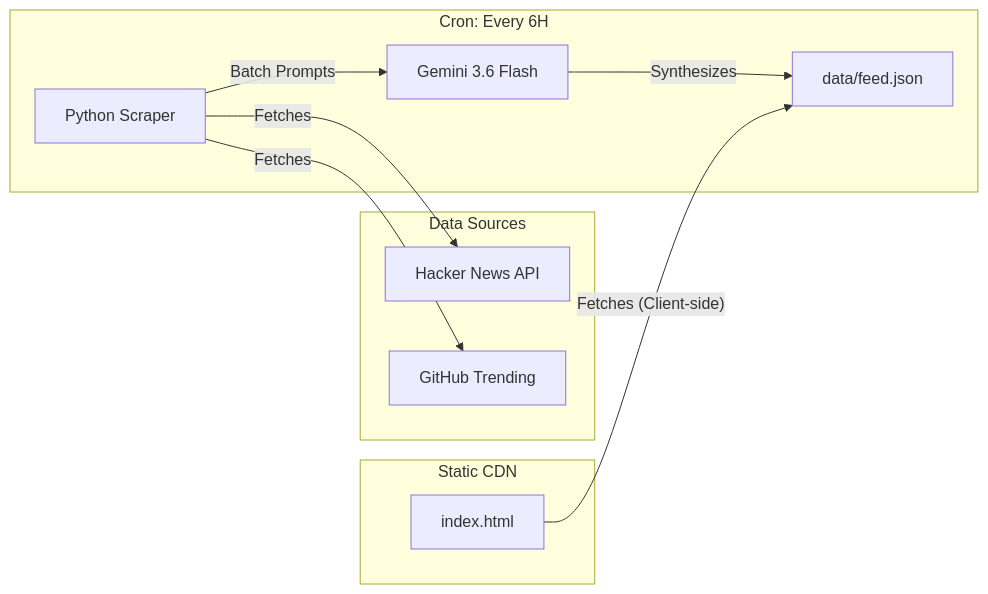
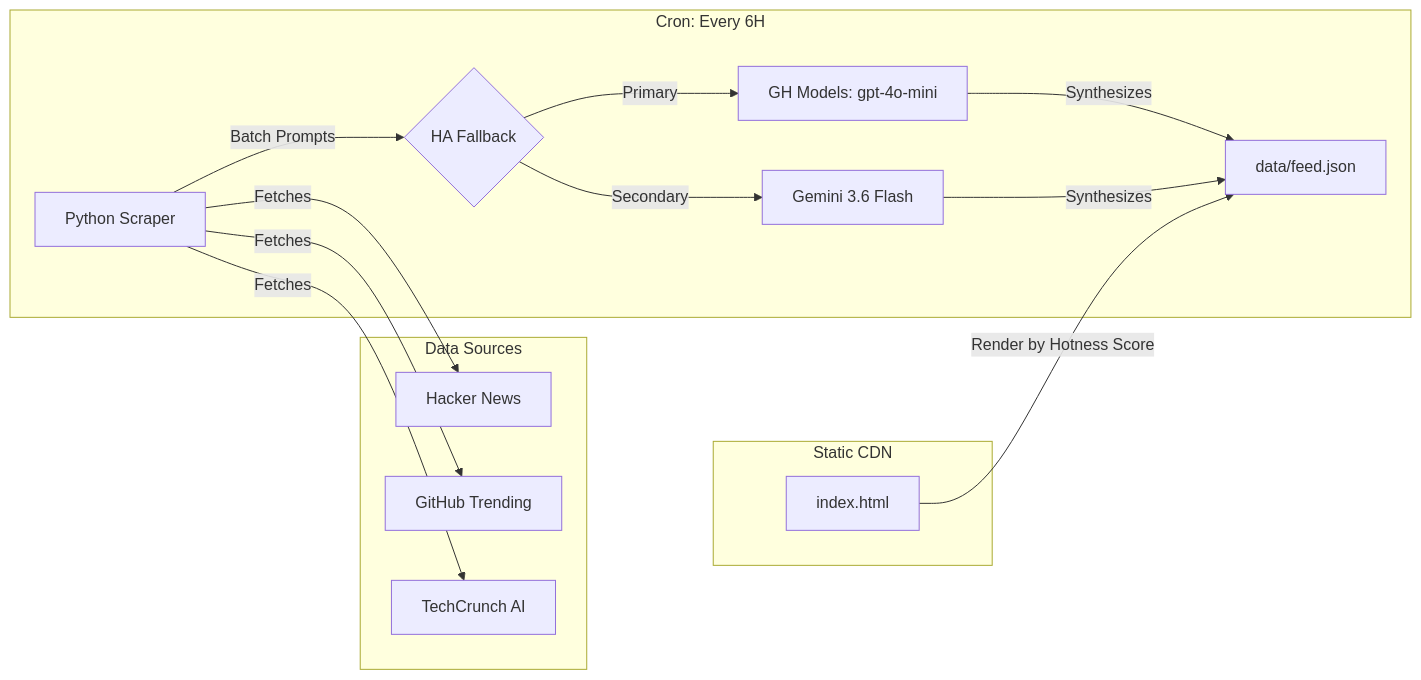
Before and after one commit to bin7335/ai-radar: the diagram in README.md, drawn with Mermaid. The commit also changed other lines of this file and 1 other file, not shown here.

Commit message:
docs: synchronize README and HANDOFF with the new multi-model architecture, techcrunch sources, and hotness sorting

````diff
--- a/README.md
+++ b/README.md
@@ -12,21 +12,25 @@
 ```mermaid
 flowchart LR
     subgraph Data Sources
-        HN[Hacker News API]
+        HN[Hacker News]
         GH[GitHub Trending]
+        TC[TechCrunch AI]
     end
 
     subgraph GitHub Actions [Cron: Every 6H]
         PY[Python Scraper]
-        LLM[Gemini 3.6 Flash]
-        PY -- Fetches --> HN
-        PY -- Fetches --> GH
-        PY -- Batch Prompts --> LLM
-        LLM -- Synthesizes --> JSON[data/feed.json]
+        HA{HA Fallback}
+        LLM1[GH Models: gpt-4o-mini]
+        LLM2[Gemini 3.6 Flash]
+        PY -- Fetches --> HN & GH & TC
+        PY -- Batch Prompts --> HA
+        HA -- Primary --> LLM1
+        HA -- Secondary --> LLM2
+        LLM1 & LLM2 -- Synthesizes --> JSON[data/feed.json]
     end
 
     subgraph GitHub Pages [Static CDN]
         UI[index.html]
-        UI -- Fetches (Client-side) --> JSON
+        UI -- Render by Hotness Score --> JSON
     end
 ```
````
